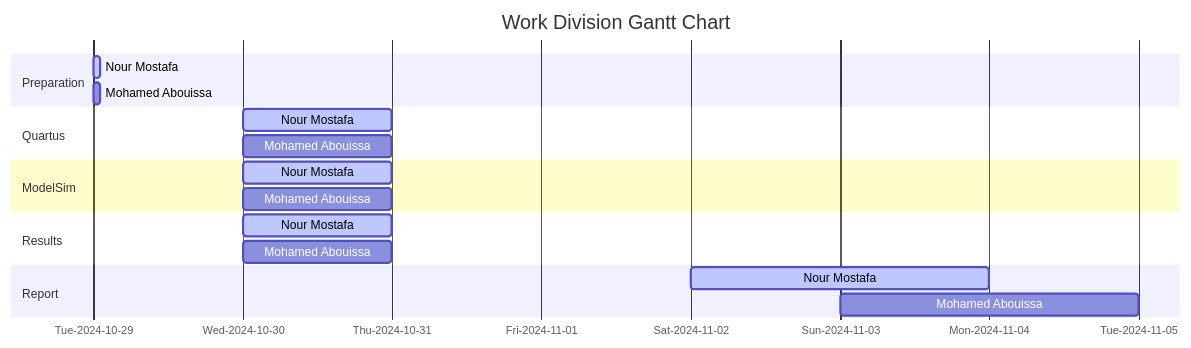
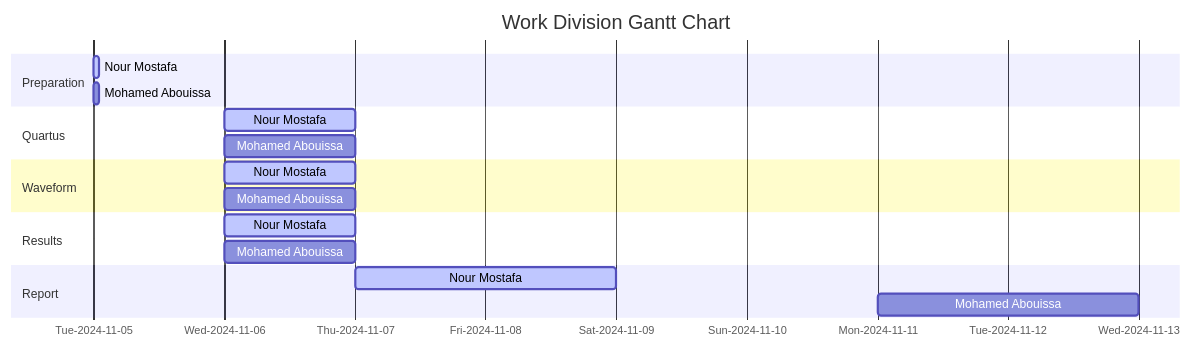
One commit to MONO-1223/AURAK-CENG336-ComputerArchitectureLab changed the diagram in Lab 07 - Memory Blocks/README.md. Above: the diagram before and after it, drawn with Mermaid. The commit also changed other lines of this file, not shown here.

Commit message:
template and gantt chart set up

````diff
--- a/Lab 07 - Memory Blocks/README.md
+++ b/Lab 07 - Memory Blocks/README.md
@@ -98,22 +59,22 @@
 ```mermaid
 gantt
     title Work Division Gantt Chart
     tickInterval 1day
     todayMarker off
     axisFormat %a-%Y-%m-%d
     section Preparation         
-        Nour Mostafa : active, 2024-10-29 00:00, 01h
-        Mohamed Abouissa : 2024-10-29 00:00, 01h
+        Nour Mostafa : active, 2024-11-05 00:00, 01h
+        Mohamed Abouissa : 2024-11-05 00:00, 01h
     section Quartus         
-        Nour Mostafa : active, 2024-10-30 00:00, 1d
-        Mohamed Abouissa : 2024-10-30 00:00, 1d
-    section ModelSim       
-        Nour Mostafa : active,2024-10-30 00:00, 1d
-        Mohamed Abouissa : 2024-10-30 00:00, 1d
+        Nour Mostafa : active, 2024-11-06 00:00, 1d
+        Mohamed Abouissa : 2024-11-06 00:00, 1d
+    section Waveform       
+        Nour Mostafa : active, 2024-11-06 00:00, 1d
+        Mohamed Abouissa : 2024-11-06 00:00, 1d
     section Results       
-        Nour Mostafa : active,2024-10-30 00:00, 1d
-        Mohamed Abouissa : 2024-10-30 00:00, 1d
+        Nour Mostafa : active, 2024-11-06 00:00, 1d
+        Mohamed Abouissa : 2024-11-06 00:00, 1d
     section Report
-        Nour Mostafa : active,2024-11-2 00:00, 2d
-        Mohamed Abouissa : 2024-11-3 00:00, 2d
+        Nour Mostafa : active, 2024-11-7 00:00, 2d
+        Mohamed Abouissa : 2024-11-11 00:00, 2d
 ```
````
